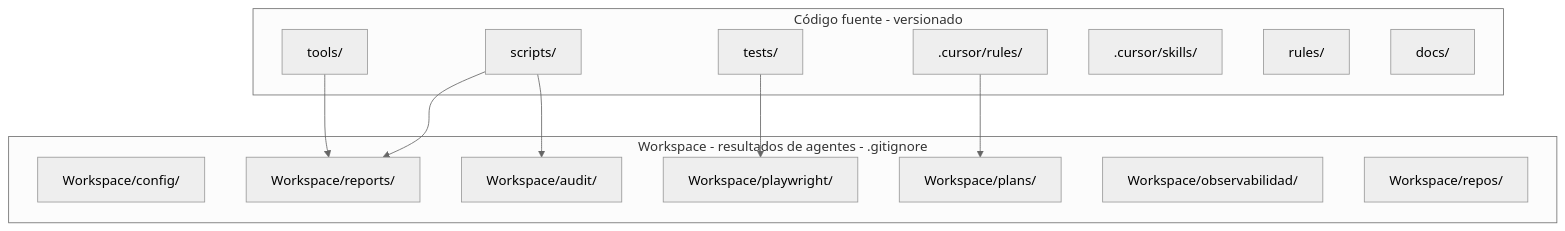
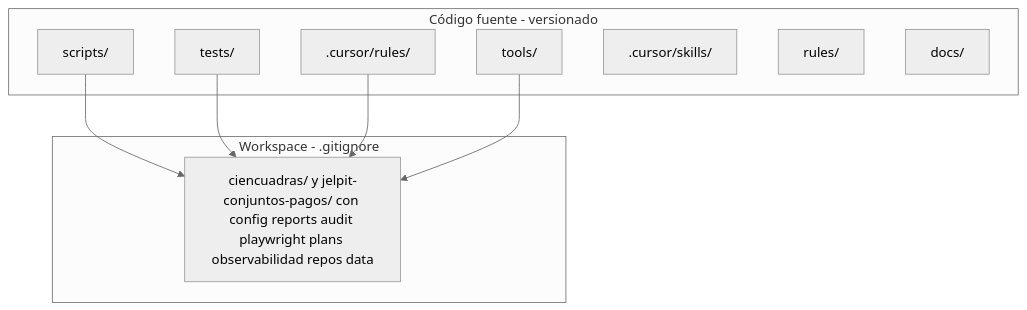
One commit to CARLOSPATINOVELEZ19/prueba-agente-po changed the diagram in docs/architecture/0-overview.md. Above: the diagram before and after it, drawn with Mermaid (neutral theme). The commit also changed other lines of this file and 52 other files, not shown here.

````diff
--- a/docs/architecture/0-overview.md
+++ b/docs/architecture/0-overview.md
@@ -37,28 +44,21 @@
 ```mermaid
 flowchart TB
     subgraph source [Código fuente - versionado]
         tests[tests/]
         scripts[scripts/]
         tools[tools/]
         cursorRules[.cursor/rules/]
         cursorSkills[.cursor/skills/]
         rules[rules/]
         docsSource["docs/"]
     end
 
-    subgraph workspace [Workspace - resultados de agentes - .gitignore]
-        config[Workspace/config/]
-        reports[Workspace/reports/]
-        audit[Workspace/audit/]
-        playwright[Workspace/playwright/]
-        plans[Workspace/plans/]
-        observabilidad[Workspace/observabilidad/]
-        repos[Workspace/repos/]
+    subgraph workspace [Workspace - .gitignore]
+        wtree[ciencuadras/ y jelpit-conjuntos-pagos/ con config reports audit playwright plans observabilidad repos data]
     end
 
-    scripts --> reports
-    scripts --> audit
-    tests --> playwright
-    cursorRules --> plans
-    tools --> reports
+    scripts --> wtree
+    tests --> wtree
+    cursorRules --> wtree
+    tools --> wtree
 ```
````
